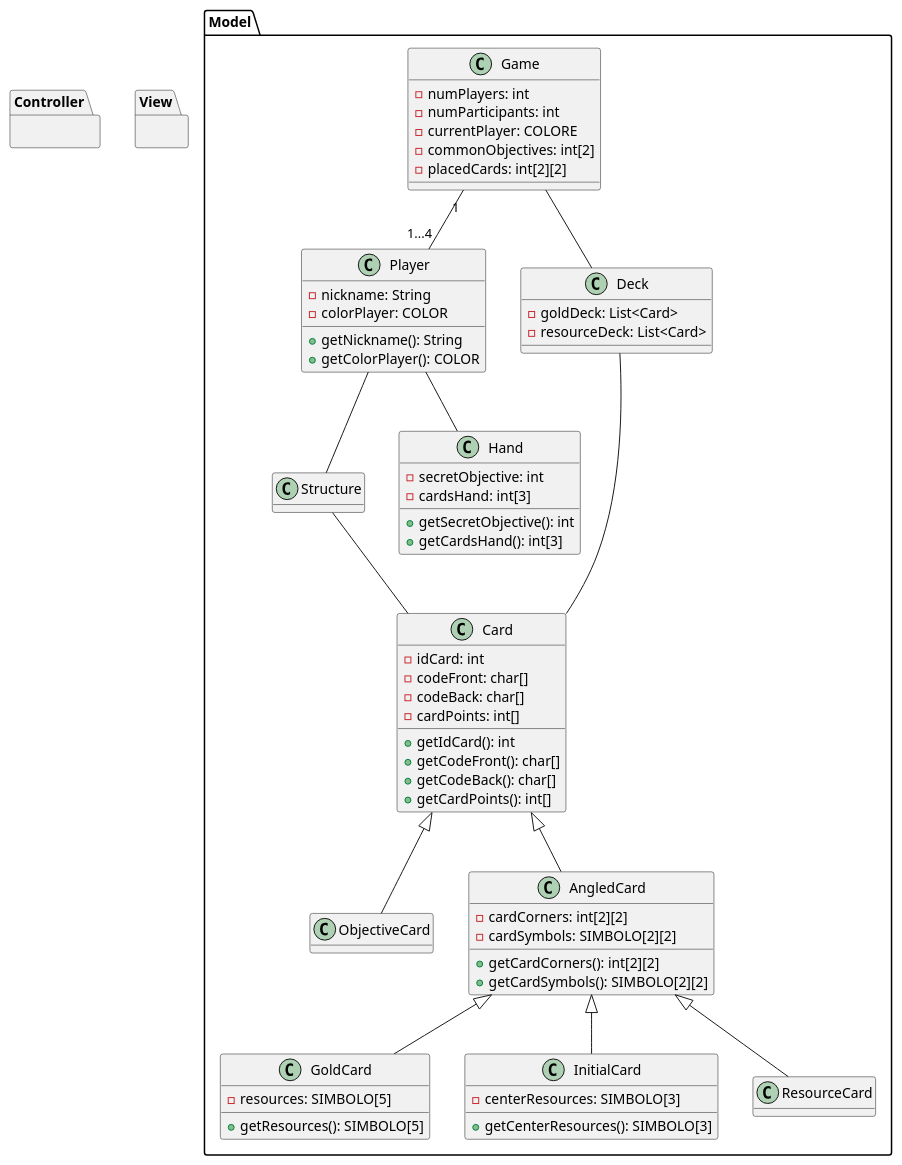
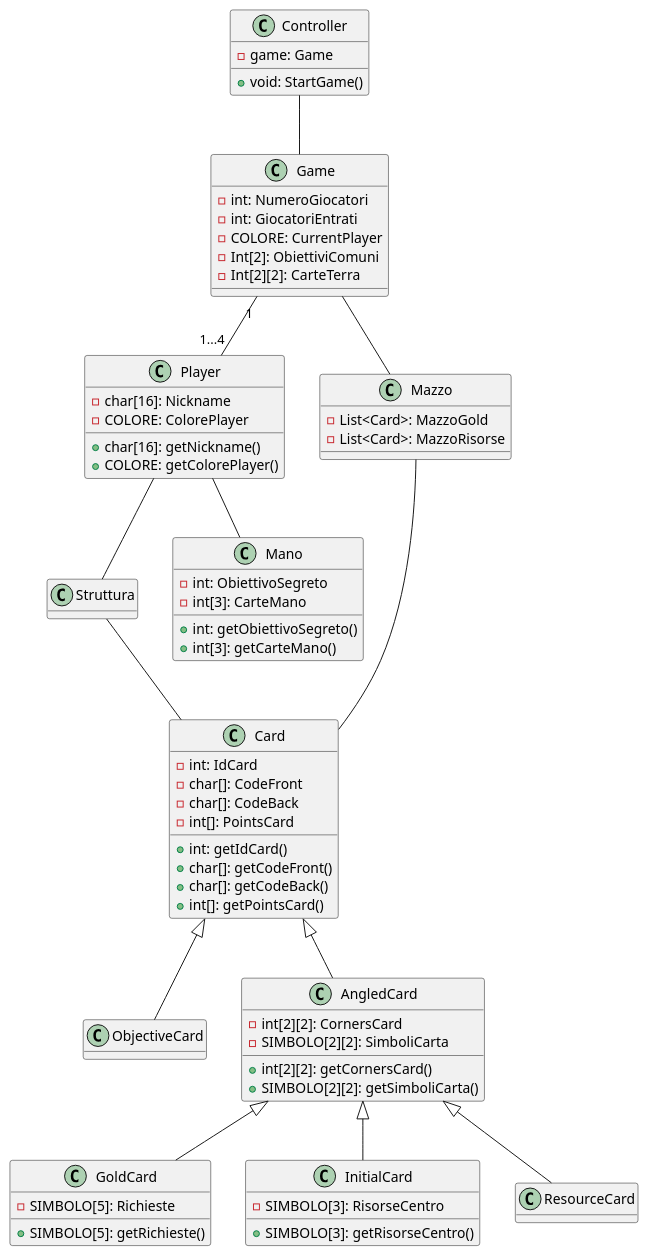
Before and after one commit to LucaPozzato/ing-sw-2024-pozzato-puccia-romano-saso: the diagram in UML/uml.pu, drawn with PlantUML. The commit also changed other lines of this file, not shown here.

Commit message:
Revert "flipper uml type & var + english var"
This reverts commit 8384994087d7be570791750990f5c9f49f247949.

```diff
--- a/UML/uml.pu
+++ b/UML/uml.pu
@@ -1,106 +1,132 @@
-@startuml uml
+@startuml
 
 hide empty fields
 
-'TODO: '
+'2DO: '
 '1. Enumerazione simboli e colori '
 '2. frecce di composizione per struttura - carte '
 '3. metodi Game '
 '4. tutto controller '
 '5. come inserire, cosa inserire per la view '
 '6. inserire network? '
+'edo frocio'
 
-package Model {
-    class Game {
-        - numPlayers: int
-        - numParticipants: int
-        '- ?StadioGioco
-        - currentPlayer: COLORE
-        '?Board con dizionario colore punteggio
-        'check sull'istanza array
-        - commonObjectives: int[2]
-        - placedCards: int[2][2]
-    }
+class Controller {
 
-    class Player {
-        - nickname: String
-        - colorPlayer: COLOR
+    'attributi
+    - game: Game
 
-        + getNickname(): String
-        + getColorPlayer(): COLOR
-    }
+    'metodi'
+    + void: StartGame()
 
 
-    class Card {
-        'colore lo codifichiam nell'id? o lo salviamo in una var?
-        - idCard: int
-        - codeFront: char[]
-        - codeBack: char[]
-        - cardPoints: int[]
-
-        + getIdCard(): int
-        + getCodeFront(): char[]
-        + getCodeBack(): char[]
-        + getCardPoints(): int[]
-    }
-
-    class ObjectiveCard extends Card {
-        'tipo dell'obiettivo con enum? o codificato?'
-        'non chiarissimo come caratterizzare l'obiettivo'
-    }
-
-    class AngledCard extends Card {
-        - cardCorners: int[2][2]
-        'decidere valore di default per corner non presente, corner presente non collegato, Id/puntatore carrta'
-        - cardSymbols: SIMBOLO[2][2]
-
-        + getCardCorners(): int[2][2]
-        + getCardSymbols(): SIMBOLO[2][2]
-    }
-
-    class GoldCard extends AngledCard {
-        - resources: SIMBOLO[5]
-        'tipo ^ da capire'
-        'caratterizzare tipo obiettivo'
-
-        + getResources(): SIMBOLO[5]
-    }
-
-    class InitialCard extends AngledCard {
-        - centerResources: SIMBOLO[3]
-        'tipo da capire'
-
-        + getCenterResources(): SIMBOLO[3]
-    }
-
-    class ResourceCard extends AngledCard {}
-
-    class Structure {}
-
-    class Deck {
-        'check sul tipo dinamico statico'
-        - goldDeck: List<Card>
-        - resourceDeck: List<Card>
-    }
-
-    class Hand {
-        - secretObjective: int
-        - cardsHand: int[3]
-
-        + getSecretObjective(): int
-        + getCardsHand(): int[3]
-    }
 }
 
+class Game {
+    - int: NumeroGiocatori
+    - int: GiocatoriEntrati
+    '- ?StadioGioco '
+    - COLORE: CurrentPlayer
+    '?Board con dizionario colore punteggio'
+    'check sull'istanza array
+    - Int[2]: ObiettiviComuni
+    - Int[2][2]: CarteTerra
+}
+
+class Player {
+   - char[16]: Nickname
+   - COLORE: ColorePlayer
+
+   + char[16]: getNickname()
+   + COLORE: getColorePlayer()
+}
+
+
+class Card {
+    'colore lo codifichiam nell'id? o lo salviamo in una var?
+   - int: IdCard
+   - char[]: CodeFront
+   - char[]: CodeBack
+   - int[]: PointsCard
+
+   + int: getIdCard()
+   + char[]: getCodeFront()
+   + char[]: getCodeBack()
+   + int[]: getPointsCard()
+
+}
+
+class ObjectiveCard extends Card {
+
+    'tipo dell'obiettivo con enum? o codificato?'
+    'non chiarissimo come caratterizzare l'obiettivo'
+
+}
+
+class AngledCard extends Card {
+
+    - int[2][2]: CornersCard
+    'decidere valore di default per corner non presente, corner presente non collegato, Id/puntatore carrta'
+    - SIMBOLO[2][2]: SimboliCarta
+
+    + int[2][2]: getCornersCard()
+    + SIMBOLO[2][2]: getSimboliCarta()
+}
+
+
+class GoldCard extends AngledCard {
+
+    - SIMBOLO[5]: Richieste
+    'tipo ^ da capire'
+    'caratterizzare tipo obiettivo'
+
+    + SIMBOLO[5]: getRichieste()
+
+}
+
+
+class InitialCard extends AngledCard {
+
+    - SIMBOLO[3]: RisorseCentro
+    'tipo da capire'
+
+    + SIMBOLO[3]: getRisorseCentro()
+}
+
+class ResourceCard extends AngledCard {}
+
+class Struttura {
+
+}
+
+
+class Mazzo {
+
+    'check sul tipo dinamico statico'
+    - List<Card>: MazzoGold
+    - List<Card>: MazzoRisorse
+
+}
+
+class Mano {
+
+    - int: ObiettivoSegreto
+    - int[3]: CarteMano
+
+    + int: getObiettivoSegreto()
+    + int[3]: getCarteMano()
+}
+
+
+Controller  --  Game
 Game "1" -- "1...4" Player
-Game -- Deck
-Deck -- Card
-Player -- Structure
-Player -- Hand
-Structure -- Card
+Game -- Mazzo
+Mazzo -- Card
+Player -- Struttura
+Player -- Mano
+Struttura -- Card
 
-package Controller {}
 
-package View {}
+
 
 @enduml
```
